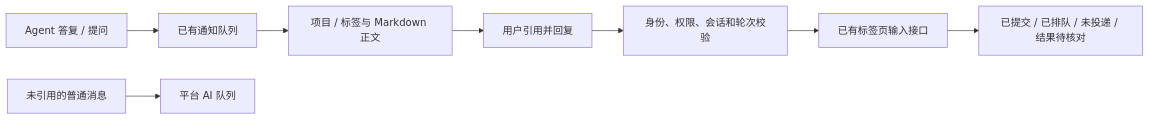
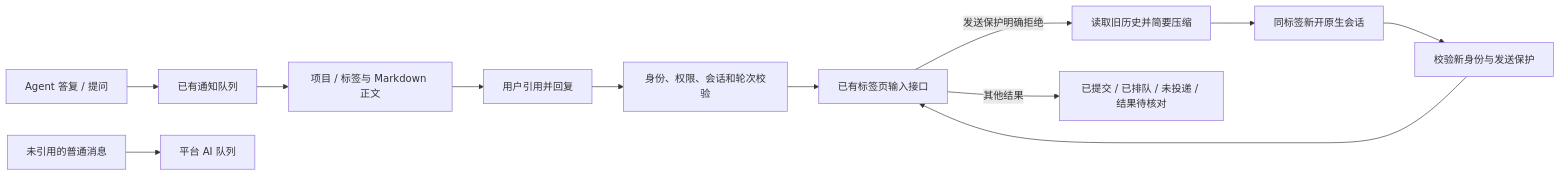
Before and after one commit to Poeagle/agentManager: the second of 2 diagrams in docs/wecom-integration.md, drawn with Mermaid. The commit also changed other lines of this file and 11 other files, not shown here.

````diff
--- a/docs/wecom-integration.md
+++ b/docs/wecom-integration.md
@@ -76,10 +76,14 @@
 ```mermaid
 flowchart LR
   N[Agent 答复 / 提问] --> O[已有通知队列]
   O --> B[项目 / 标签与 Markdown 正文]
   B --> Q[用户引用并回复]
   Q --> R[身份、权限、会话和轮次校验]
   R --> I[已有标签页输入接口]
-  I --> A[已提交 / 已排队 / 未投递 / 结果待核对]
+  I -->|发送保护明确拒绝| H[读取旧历史并简要压缩]
+  H --> F[同标签新开原生会话]
+  F --> C[校验新身份与发送保护]
+  C --> I
+  I -->|其他结果| A[已提交 / 已排队 / 未投递 / 结果待核对]
   U[未引用的普通消息] --> M[平台 AI 队列]
 ```
````
